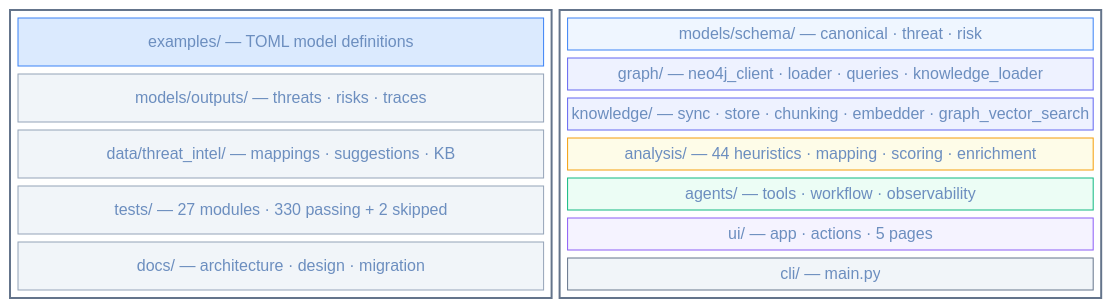
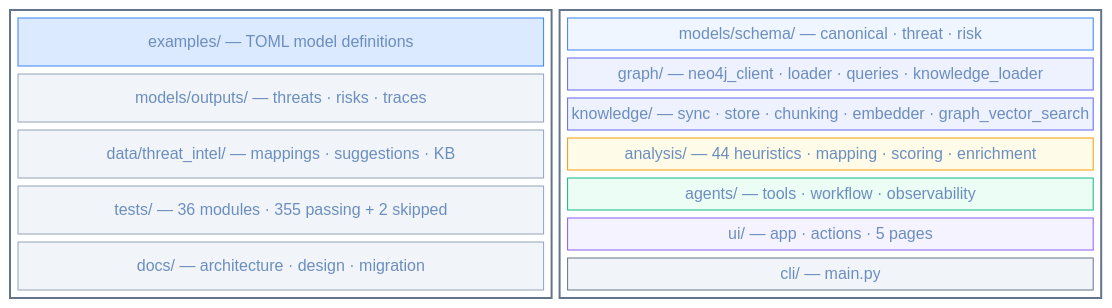
The diagram in docs/diagrams/project_structure.mmd (zencodeai/ai-threatforge), drawn with Mermaid before and after one commit. The commit also changed 20 other files, not shown here.

Commit message:
Add analysis manifests and align architecture docs

```diff
--- a/docs/diagrams/project_structure.mmd
+++ b/docs/diagrams/project_structure.mmd
@@ -1,41 +1,41 @@
 ---
 title: Project Layout
 ---
 %%{init: {'theme': 'base', 'themeVariables': {'lineColor': '#6c8ebf', 'primaryTextColor': '#6c8ebf', 'titleColor': '#6c8ebf', 'fontSize': '16px'}}}%%
 block-beta
     columns 2
 
     block:rootdir:1
         columns 1
         ex["examples/ — TOML model definitions"]
         outputs["models/outputs/ — threats · risks · traces"]
         data["data/threat_intel/ — mappings · suggestions · KB"]
-        tests["tests/ — 27 modules · 330 passing + 2 skipped"]
+        tests["tests/ — 36 modules · 355 passing + 2 skipped"]
         docs["docs/ — architecture · design · migration"]
     end
 
     block:srcdir:1
         columns 1
         schema["models/schema/ — canonical · threat · risk"]
         graphpkg["graph/ — neo4j_client · loader · queries · knowledge_loader"]
         knowledge["knowledge/ — sync · store · chunking · embedder · graph_vector_search"]
         analysis["analysis/ — 44 heuristics · mapping · scoring · enrichment"]
         agents["agents/ — tools · workflow · observability"]
         ui["ui/ — app · actions · 5 pages"]
         cli["cli/ — main.py"]
     end
 
     style rootdir fill:none,stroke:#64748b,stroke-width:2px
     style srcdir fill:none,stroke:#64748b,stroke-width:2px
     style ex fill:#dbeafe,stroke:#3b82f6,color:#1e40af
     style outputs fill:#f1f5f9,stroke:#94a3b8,color:#475569
     style data fill:#f1f5f9,stroke:#94a3b8,color:#475569
     style tests fill:#f1f5f9,stroke:#94a3b8,color:#475569
     style docs fill:#f1f5f9,stroke:#94a3b8,color:#475569
     style schema fill:#eff6ff,stroke:#3b82f6,color:#1e40af
     style graphpkg fill:#eef2ff,stroke:#6366f1,color:#3730a3
     style knowledge fill:#eef2ff,stroke:#6366f1,color:#3730a3
     style analysis fill:#fefce8,stroke:#f59e0b,color:#92400e
     style agents fill:#ecfdf5,stroke:#10b981,color:#065f46
     style ui fill:#f5f3ff,stroke:#8b5cf6,color:#5b21b6
     style cli fill:#f1f5f9,stroke:#64748b,color:#334155
```
